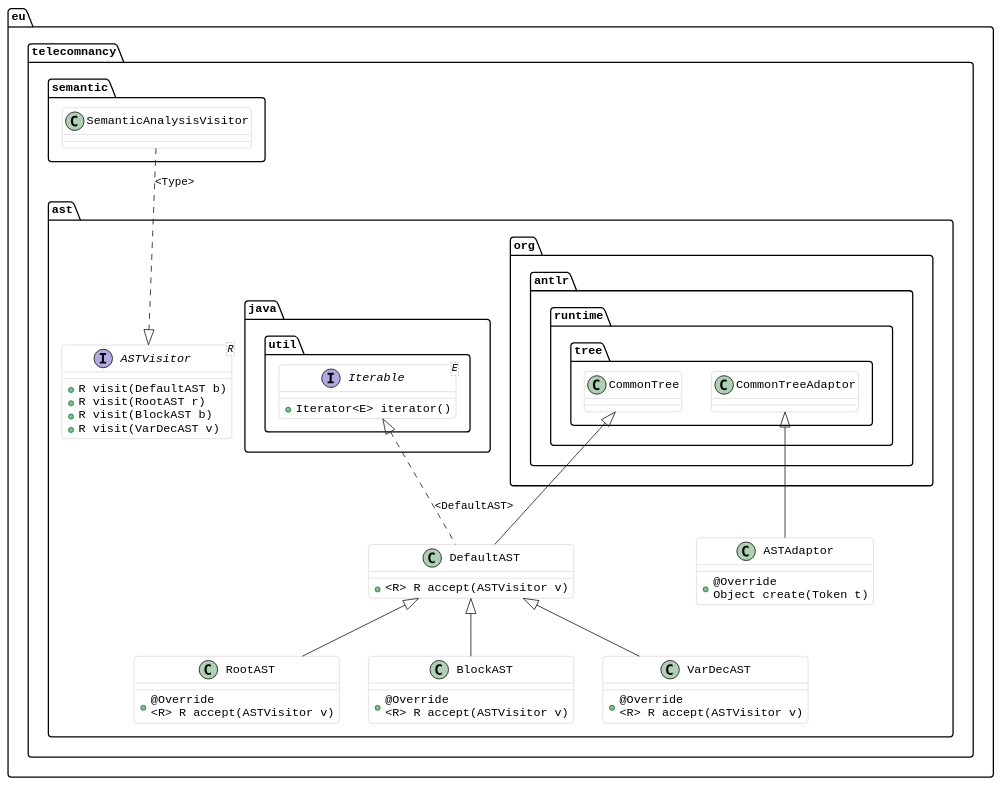
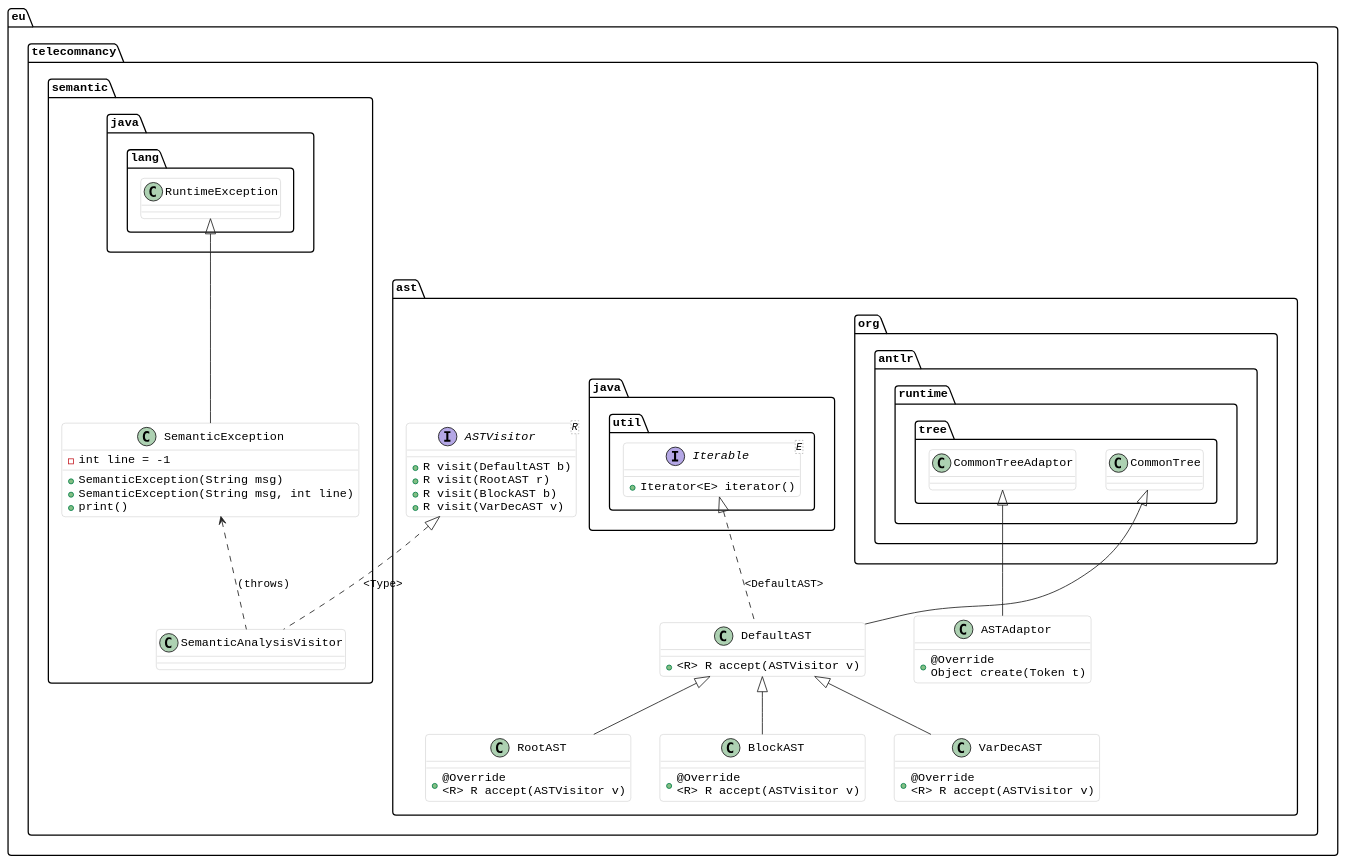
Before and after one commit to lobertrand/algol60-compiler: the diagram in doc/diagrams/ast_visitor.puml, drawn with PlantUML.

Commit message:
Ajout des exceptions au diagramme de classes

```diff
--- a/doc/diagrams/ast_visitor.puml
+++ b/doc/diagrams/ast_visitor.puml
@@ -1,51 +1,63 @@
 @startuml ast_visitor
 
 skinparam Shadowing false
 skinparam ArrowColor #222
 skinparam ClassBorderColor #bbb
 skinparam ClassBackgroundColor white
 skinparam DefaultFontName Liberation Mono
 skinparam RoundCorner 8
 
 package eu.telecomnancy.ast {
 
 class ASTAdaptor {
     + @Override\nObject create(Token t)
 }
 org.antlr.runtime.tree.CommonTreeAdaptor <|-- ASTAdaptor
-
+org.antlr.runtime.tree.CommonTreeAdaptor .[hidden]right. org.antlr.runtime.tree.CommonTree
 class DefaultAST {
     + <R> R accept(ASTVisitor v)
 }
 DefaultAST <|-- RootAST
 DefaultAST <|-- BlockAST
 DefaultAST <|-- VarDecAST
 DefaultAST -up-|> org.antlr.runtime.tree.CommonTree
 DefaultAST .up.|> java.util.Iterable: <DefaultAST>
 
 interface java.util.Iterable<E> {
     + Iterator<E> iterator()
 }
 
 class RootAST {
     + @Override\n<R> R accept(ASTVisitor v)
 }
 class BlockAST {
     + @Override\n<R> R accept(ASTVisitor v)
 }
 class VarDecAST {
     + @Override\n<R> R accept(ASTVisitor v)
 }
 
 interface ASTVisitor<R> {
     + R visit(DefaultAST b)
     + R visit(RootAST r)
     + R visit(BlockAST b)
     + R visit(VarDecAST v)
 }
-ASTVisitor <|.up. eu.telecomnancy.semantic.SemanticAnalysisVisitor: <Type>
+ASTVisitor <|.down. eu.telecomnancy.semantic.SemanticAnalysisVisitor: <Type>
 
 }
 ' package end
 
+package eu.telecomnancy.semantic {
+    class SemanticException {
+        - int line = -1
+        + SemanticException(String msg)
+        + SemanticException(String msg, int line)
+        + print()
+    }
+    java.lang.RuntimeException <|-- SemanticException
+    SemanticAnalysisVisitor .up.> SemanticException: (throws)
+}
+' package end
+
 @enduml
```
